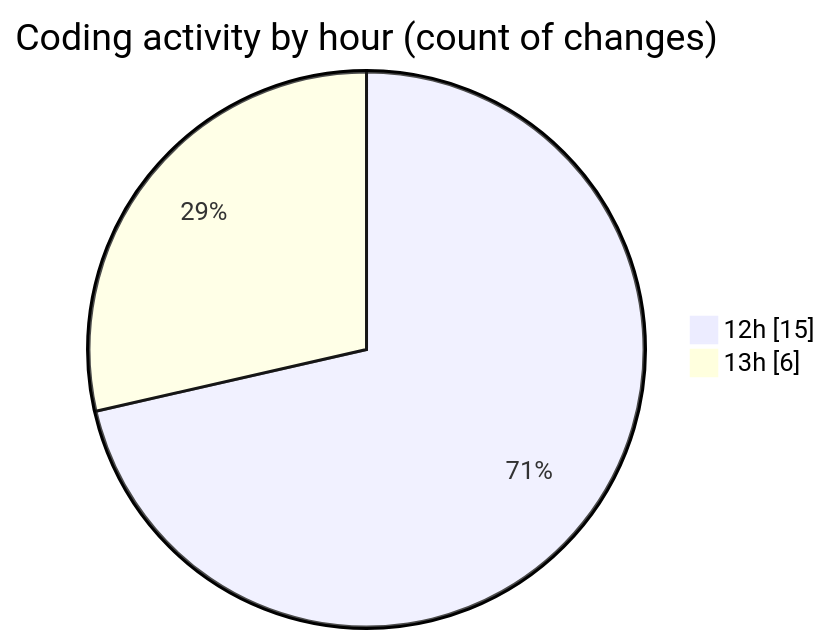
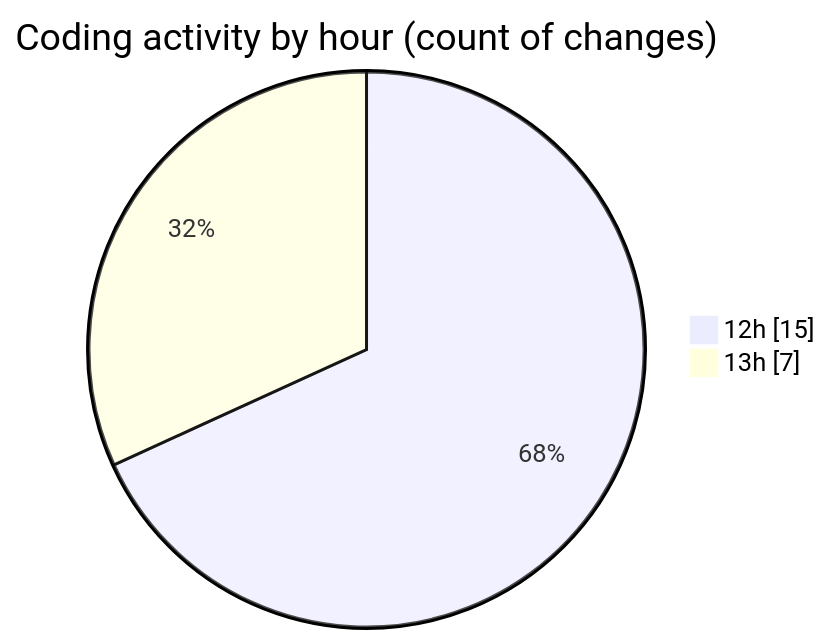
One commit to LanceThiago/code-tracking changed the second of 2 diagrams in 2026-09-09/fz3temp-2/README.md. Above: the diagram before and after it, drawn with Mermaid. The commit also changed other lines of this file and 1 other file, not shown here.

````diff
--- a/2026-09-09/fz3temp-2/README.md
+++ b/2026-09-09/fz3temp-2/README.md
@@ -42,6 +42,6 @@
 ```mermaid
 pie showData
 title Coding activity by hour (count of changes)
 "12h" : 15
-"13h" : 6
+"13h" : 7
 ```
````
